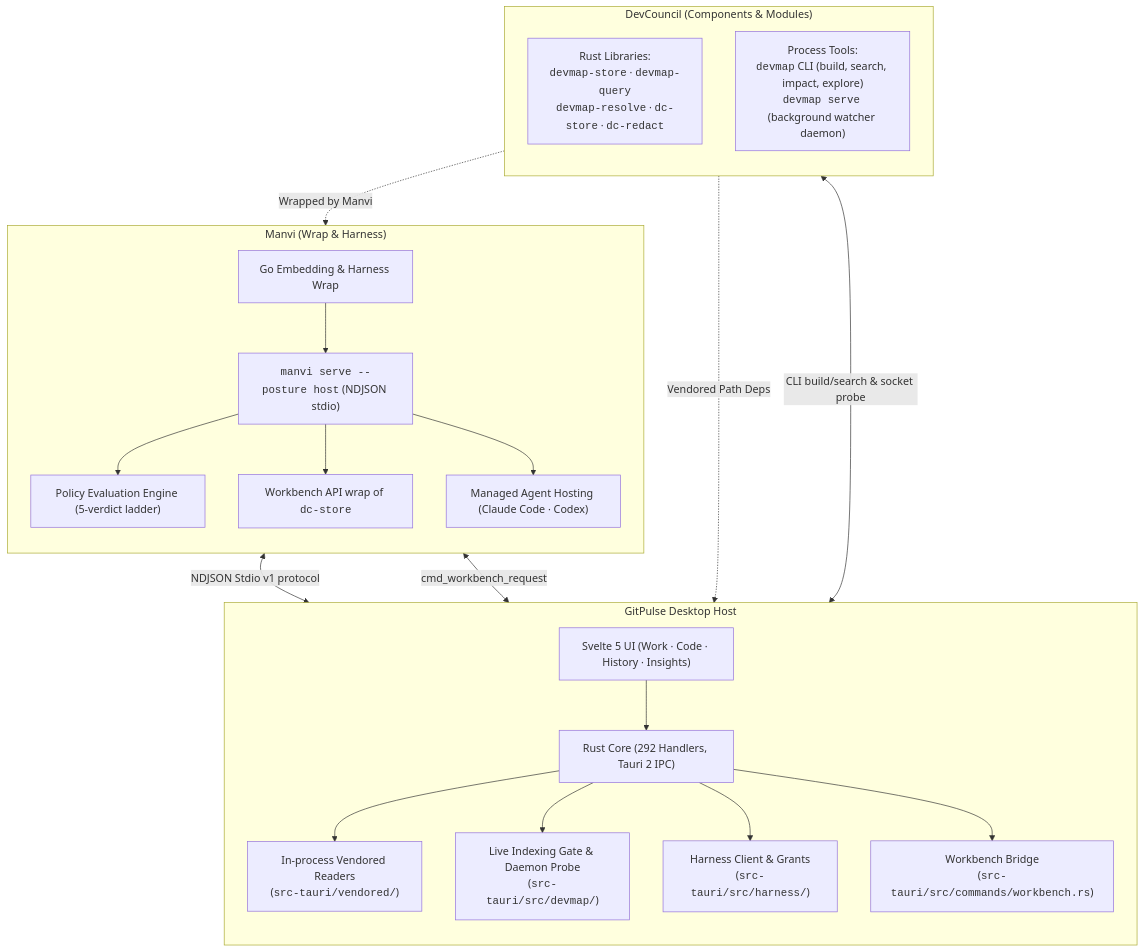
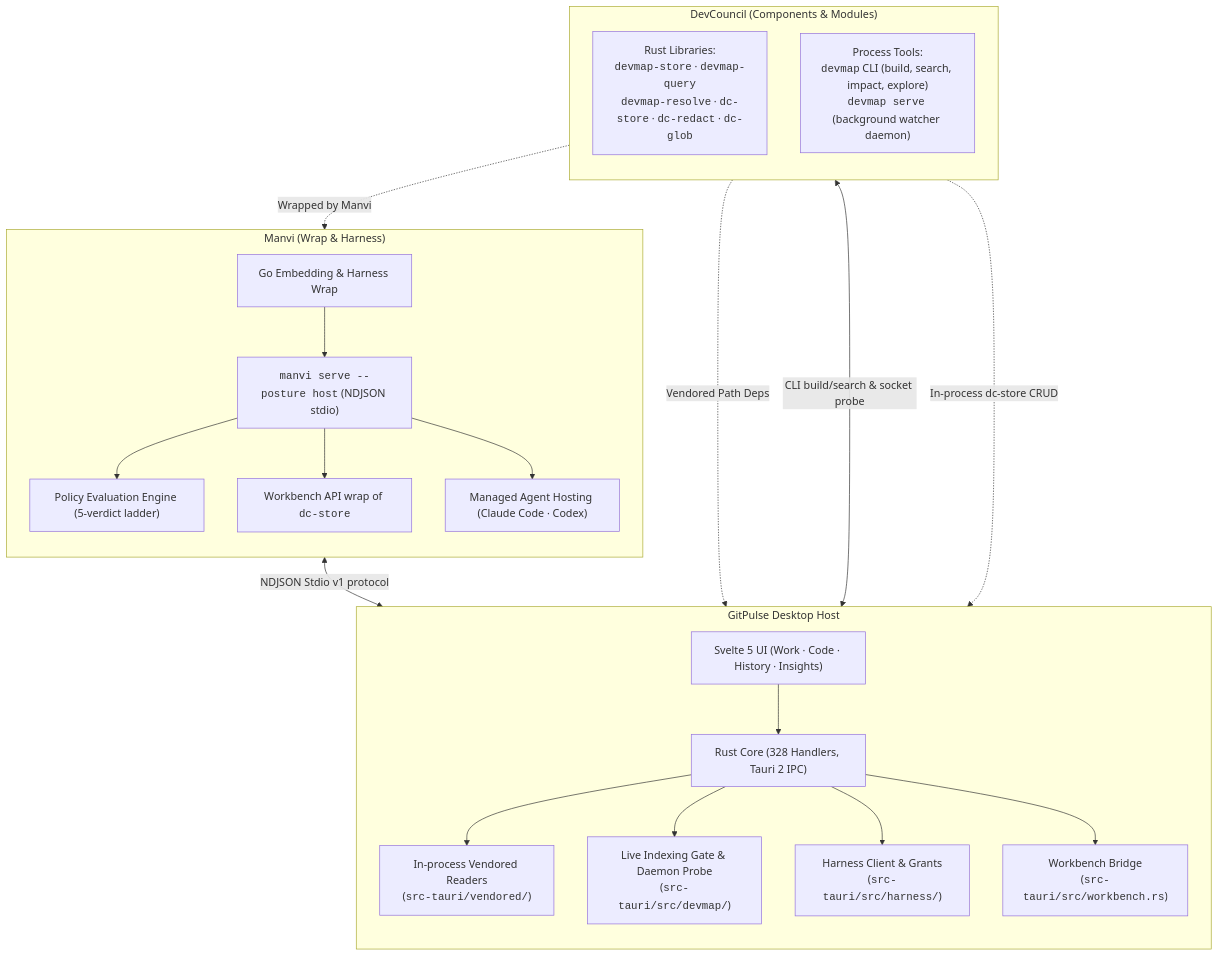
One commit to bharathvbcr/GitPulse changed the first of 3 diagrams in docs/MODULE_INTEGRATION.md. Above: the diagram before and after it, drawn with Mermaid. The commit also changed other lines of this file and 200 other files, not shown here.

````diff
--- a/docs/MODULE_INTEGRATION.md
+++ b/docs/MODULE_INTEGRATION.md
@@ -32,43 +40,43 @@
 ```mermaid
 flowchart TD
     subgraph DevCouncil["DevCouncil (Components & Modules)"]
         direction TB
-        DCLibs["Rust Libraries:<br/><code>devmap-store</code> · <code>devmap-query</code><br/><code>devmap-resolve</code> · <code>dc-store</code> · <code>dc-redact</code>"]
+        DCLibs["Rust Libraries:<br/><code>devmap-store</code> · <code>devmap-query</code><br/><code>devmap-resolve</code> · <code>dc-store</code> · <code>dc-redact</code> · <code>dc-glob</code>"]
         DCCLI["Process Tools:<br/><code>devmap</code> CLI (build, search, impact, explore)<br/><code>devmap serve</code> (background watcher daemon)"]
     end
 
     subgraph Manvi["Manvi (Wrap & Harness)"]
         direction TB
         ManviWrap["Go Embedding & Harness Wrap"]
         ManviSidecar["<code>manvi serve --posture host</code> (NDJSON stdio)"]
         ManviPolicy["Policy Evaluation Engine (5-verdict ladder)"]
         ManviWorkbench["Workbench API wrap of <code>dc-store</code>"]
         ManviAgents["Managed Agent Hosting (Claude Code · Codex)"]
         ManviWrap --> ManviSidecar
         ManviSidecar --> ManviPolicy
         ManviSidecar --> ManviWorkbench
         ManviSidecar --> ManviAgents
     end
 
     subgraph GitPulseHost["GitPulse Desktop Host"]
         direction TB
         UIHost["Svelte 5 UI (Work · Code · History · Insights)"]
-        RustIPC["Rust Core (292 Handlers, Tauri 2 IPC)"]
+        RustIPC["Rust Core (328 Handlers, Tauri 2 IPC)"]
         InProcessReaders["In-process Vendored Readers<br/>(<code>src-tauri/vendored/</code>)"]
         CLIGate["Live Indexing Gate & Daemon Probe<br/>(<code>src-tauri/src/devmap/</code>)"]
         HarnessClient["Harness Client & Grants<br/>(<code>src-tauri/src/harness/</code>)"]
-        WorkbenchCmd["Workbench Bridge<br/>(<code>src-tauri/src/commands/workbench.rs</code>)"]
+        WorkbenchCmd["Workbench Bridge<br/>(<code>src-tauri/src/workbench.rs</code>)"]
 
         UIHost --> RustIPC
         RustIPC --> InProcessReaders
         RustIPC --> CLIGate
         RustIPC --> HarnessClient
         RustIPC --> WorkbenchCmd
     end
 
     DCLibs -.->|Vendored Path Deps| InProcessReaders
     DCCLI <-->|CLI build/search & socket probe| CLIGate
     DCLibs -.->|Wrapped by Manvi| ManviWorkbench
     ManviSidecar <-->|NDJSON Stdio v1 protocol| HarnessClient
-    ManviSidecar <-->|cmd_workbench_request| WorkbenchCmd
+    DCLibs -.->|In-process dc-store CRUD| WorkbenchCmd
 ```
````
